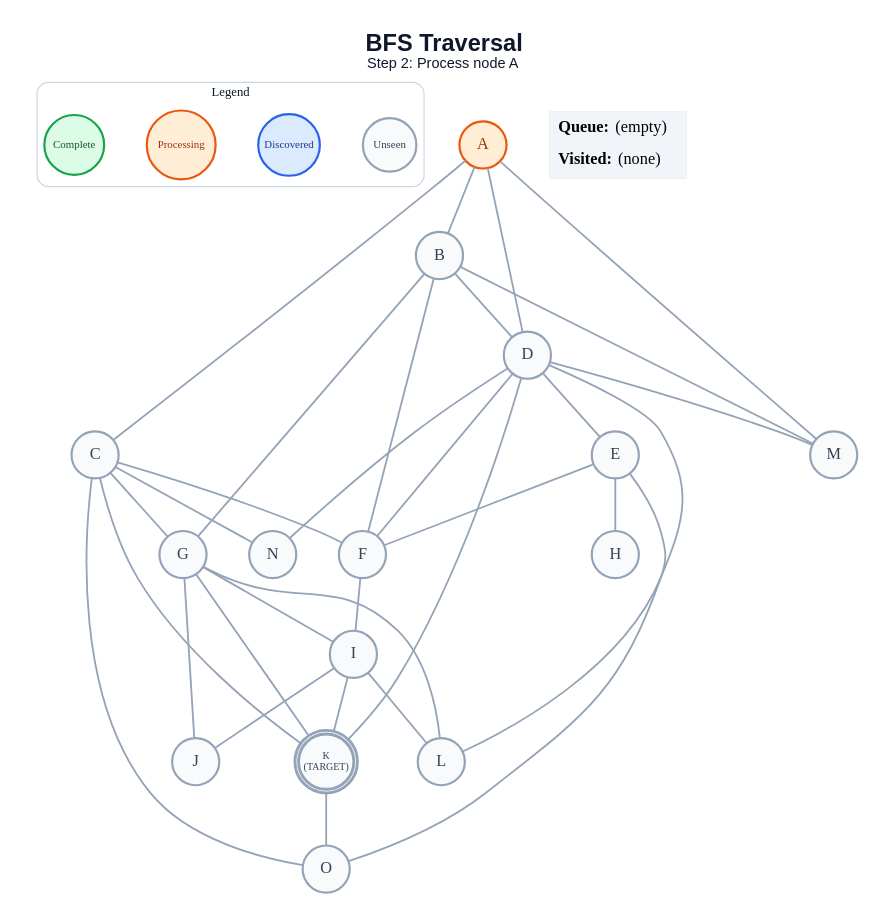
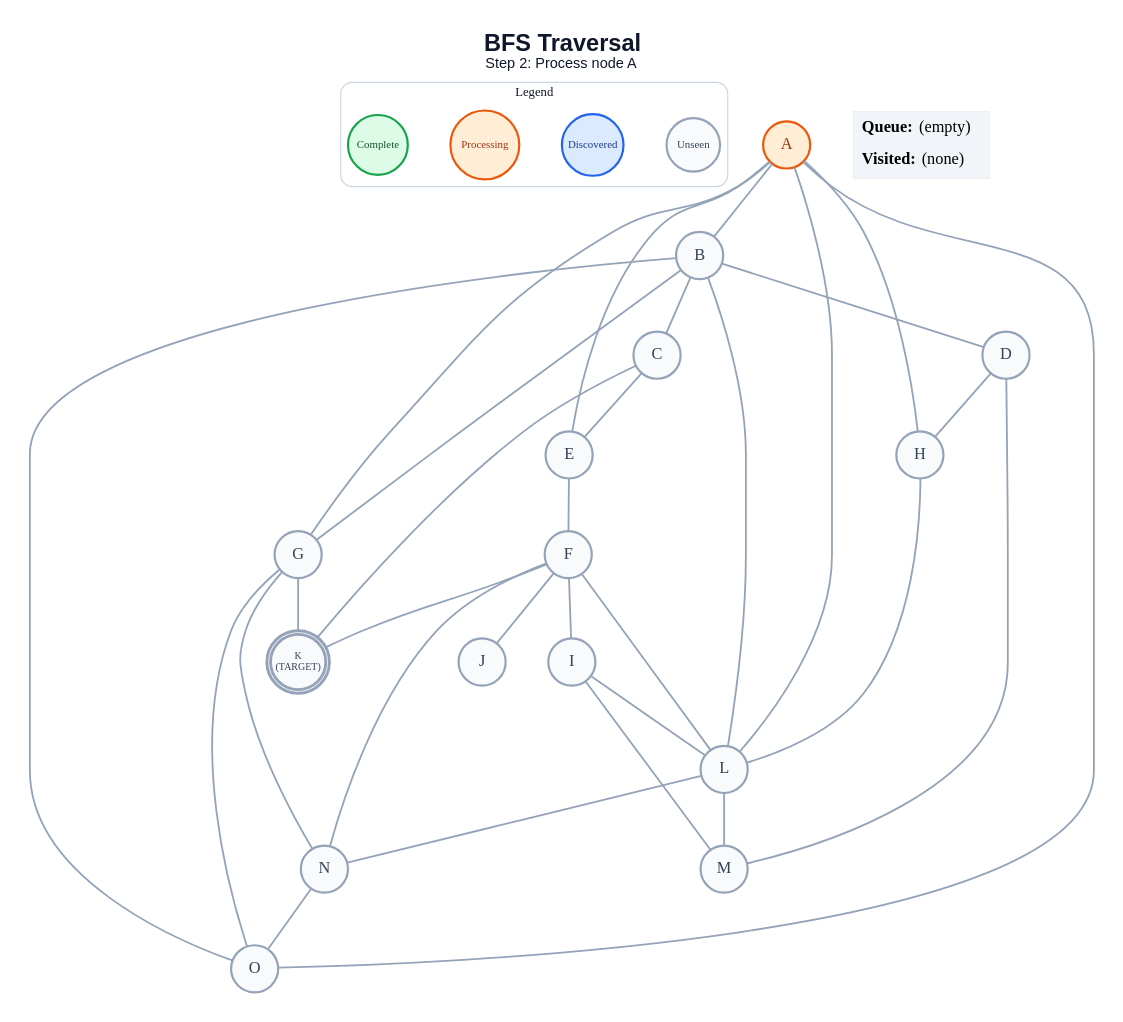
One commit to anon7238593-create/ai-slop changed the diagram in generated/bfs/step_02.dot. Above: the diagram before and after it, drawn with Graphviz. The commit also changed 224 other files, not shown here.

```diff
--- a/generated/bfs/step_02.dot
+++ b/generated/bfs/step_02.dot
@@ -1,65 +1,64 @@
 graph traversal {
   graph [layout=dot, rankdir=TB, bgcolor="#FFFFFF", pad="0.35", nodesep="0.65", ranksep="0.8", fontname="Arial"];
   node [shape=circle, style="filled", fontname="Arial Bold", fontsize=18, width=0.72, fixedsize=true, penwidth=2.4];
   edge [color="#94A3B8", penwidth=2.0];
   label=<<B>BFS Traversal</B><BR/><FONT POINT-SIZE="16">Step 2: Process node A</FONT>>; labelloc="t"; fontsize=26; fontname="Arial"; fontcolor="#0F172A";
   subgraph cluster_legend { label="Legend"; color="#CBD5E1"; penwidth=1.2; style="rounded"; fontsize=14; fontname="Arial Bold";
     key_unseen [label="Unseen", fillcolor="#F8FAFC", color="#94A3B8", fontcolor="#334155", fontsize=12, width=0.82];
     key_frontier [label="Discovered", fillcolor="#DBEAFE", color="#2563EB", fontcolor="#1E3A8A", fontsize=12, width=0.95];
     key_current [label="Processing", fillcolor="#FFEDD5", color="#EA580C", fontcolor="#9A3412", fontsize=12, width=1.05];
     key_done [label="Complete", fillcolor="#DCFCE7", color="#16A34A", fontcolor="#14532D", fontsize=12, width=0.92];
     { rank=same; key_unseen; key_frontier; key_current; key_done; }
   }
   A [label="A", fillcolor="#FFEDD5", color="#EA580C", fontcolor="#9A3412", peripheries=1, penwidth=2.4];
   B [label="B", fillcolor="#F8FAFC", color="#94A3B8", fontcolor="#334155", peripheries=1, penwidth=2.4];
   C [label="C", fillcolor="#F8FAFC", color="#94A3B8", fontcolor="#334155", peripheries=1, penwidth=2.4];
   D [label="D", fillcolor="#F8FAFC", color="#94A3B8", fontcolor="#334155", peripheries=1, penwidth=2.4];
   E [label="E", fillcolor="#F8FAFC", color="#94A3B8", fontcolor="#334155", peripheries=1, penwidth=2.4];
   F [label="F", fillcolor="#F8FAFC", color="#94A3B8", fontcolor="#334155", peripheries=1, penwidth=2.4];
   G [label="G", fillcolor="#F8FAFC", color="#94A3B8", fontcolor="#334155", peripheries=1, penwidth=2.4];
   H [label="H", fillcolor="#F8FAFC", color="#94A3B8", fontcolor="#334155", peripheries=1, penwidth=2.4];
   I [label="I", fillcolor="#F8FAFC", color="#94A3B8", fontcolor="#334155", peripheries=1, penwidth=2.4];
   J [label="J", fillcolor="#F8FAFC", color="#94A3B8", fontcolor="#334155", peripheries=1, penwidth=2.4];
   K [label="K\n(TARGET)", fillcolor="#F8FAFC", color="#94A3B8", fontcolor="#334155", peripheries=2, penwidth=3.2, fontsize=11, width=0.85, height=0.85];
   L [label="L", fillcolor="#F8FAFC", color="#94A3B8", fontcolor="#334155", peripheries=1, penwidth=2.4];
   M [label="M", fillcolor="#F8FAFC", color="#94A3B8", fontcolor="#334155", peripheries=1, penwidth=2.4];
   N [label="N", fillcolor="#F8FAFC", color="#94A3B8", fontcolor="#334155", peripheries=1, penwidth=2.4];
   O [label="O", fillcolor="#F8FAFC", color="#94A3B8", fontcolor="#334155", peripheries=1, penwidth=2.4];
   A -- B;
-  A -- C;
-  A -- D;
-  A -- M;
+  A -- E;
+  A -- G;
+  A -- H;
+  A -- L;
+  A -- O;
+  B -- C;
   B -- D;
-  B -- F;
   B -- G;
-  B -- M;
-  C -- F;
-  C -- G;
+  B -- L;
+  B -- O;
+  C -- E;
   C -- K;
-  C -- N;
-  C -- O;
-  D -- E;
-  D -- F;
-  D -- K;
-  D -- L;
+  D -- H;
   D -- M;
-  D -- N;
   E -- F;
-  E -- H;
-  E -- O;
   F -- I;
-  G -- I;
-  G -- J;
+  F -- J;
+  F -- K;
+  F -- L;
+  F -- N;
   G -- K;
-  G -- L;
-  I -- J;
-  I -- K;
+  G -- N;
+  G -- O;
+  H -- L;
   I -- L;
-  K -- O;
+  I -- M;
+  L -- M;
+  L -- N;
+  N -- O;
   status [shape=plain, fixedsize=false, width=0, height=0, margin=0, label=<
     <TABLE BORDER="0" CELLBORDER="0" CELLPADDING="7" BGCOLOR="#F1F5F9">
       <TR><TD ALIGN="LEFT"><B>Queue:</B> (empty)</TD></TR>
       <TR><TD ALIGN="LEFT"><B>Visited:</B> (none)</TD></TR>
     </TABLE>
   >];
 }
```
